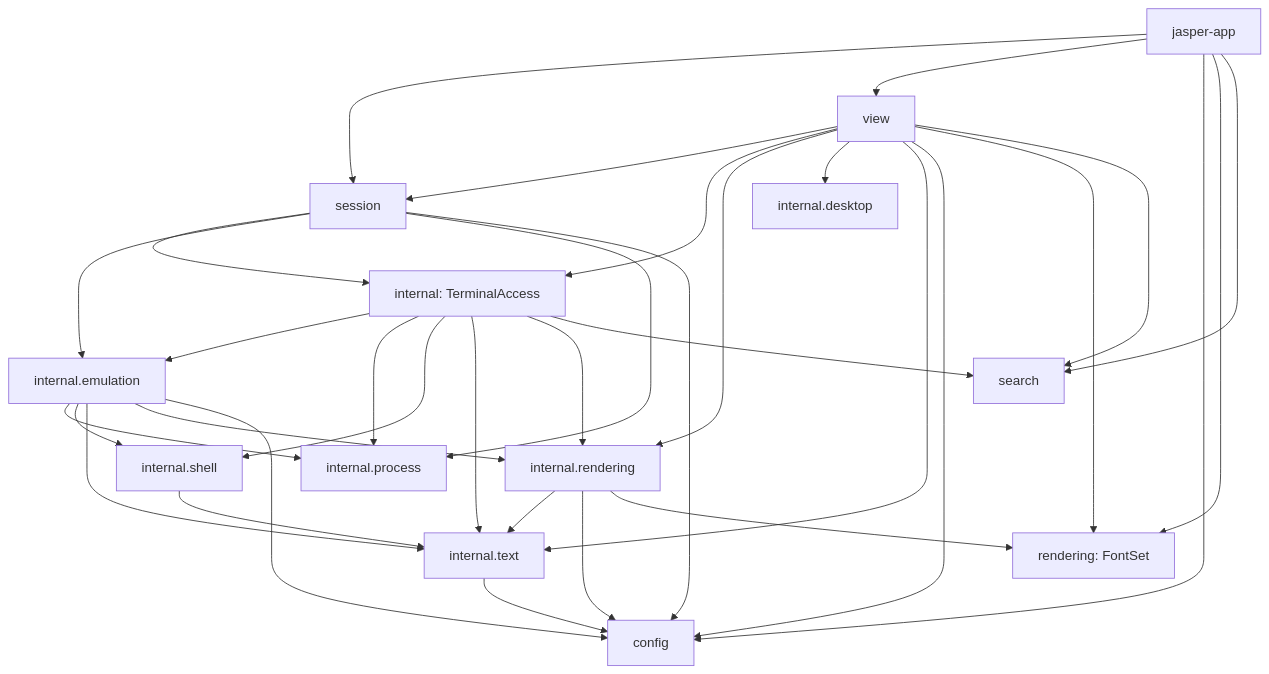
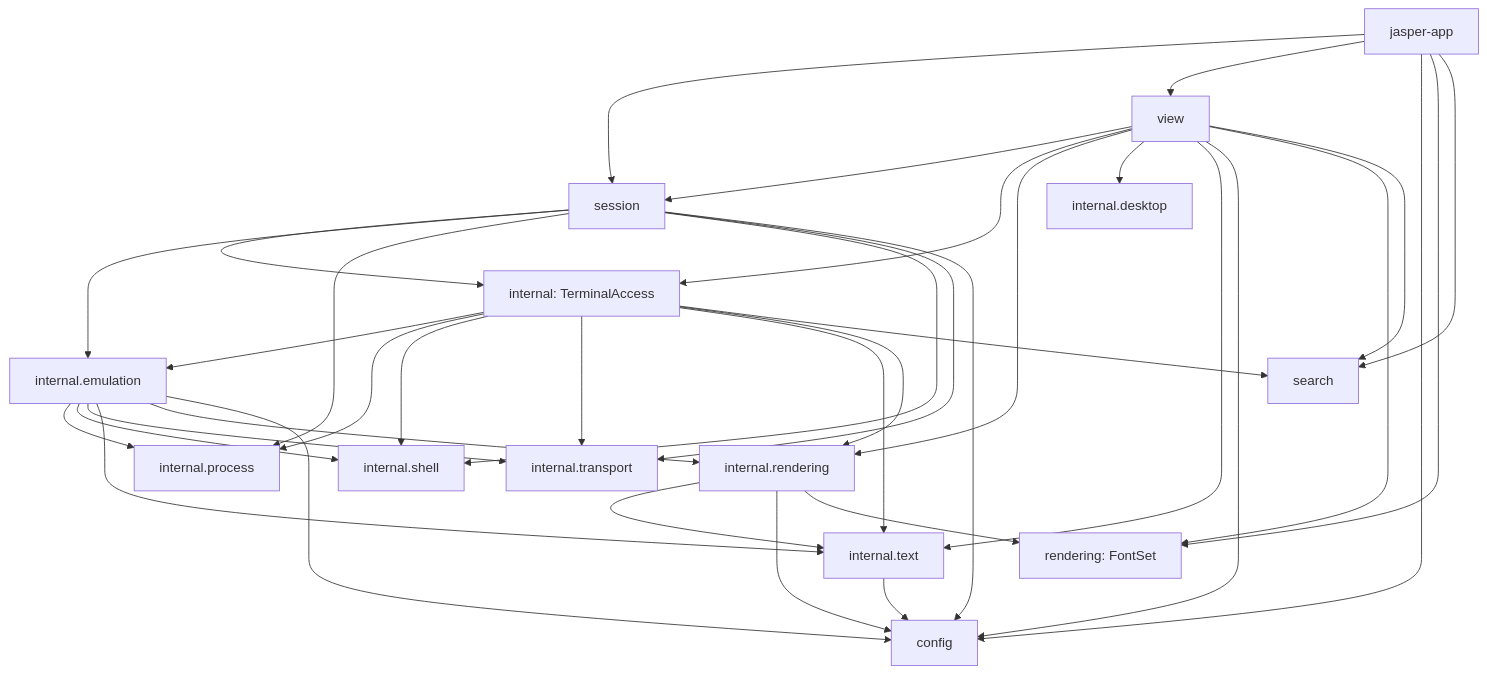
One commit to an0nn30/Jasper changed the first of 5 diagrams in docs/terminal-architecture.md. Above: the diagram before and after it, drawn with Mermaid. The commit also changed other lines of this file and 57 other files, not shown here.

````diff
--- a/docs/terminal-architecture.md
+++ b/docs/terminal-architecture.md
@@ -16,36 +16,39 @@
 ```mermaid
 flowchart TD
     App[jasper-app] --> Session[session]
     App --> View[view]
     App --> Config[config]
     App --> Fonts[rendering: FontSet]
     App --> Search[search]
     View --> Session
     View --> Access[internal: TerminalAccess]
     View --> Paint[internal.rendering]
     View --> Desktop[internal.desktop]
     View --> Text[internal.text]
     View --> Config
     View --> Fonts
     View --> Search
     Session --> Access
     Session --> Engine[internal.emulation]
     Session --> Process[internal.process]
+    Session --> Shell[internal.shell]
+    Session --> Transport[internal.transport]
     Session --> Config
     Access --> Engine
     Access --> Process
-    Access --> Shell[internal.shell]
+    Access --> Shell
+    Access --> Transport
     Access --> Text
     Access --> Paint
     Access --> Search
     Engine --> Process
     Engine --> Shell
+    Engine --> Transport
     Engine --> Text
     Engine --> Paint
     Engine --> Config
-    Shell --> Text
     Paint --> Text
     Paint --> Config
     Paint --> Fonts
     Text --> Config
 ```
````
